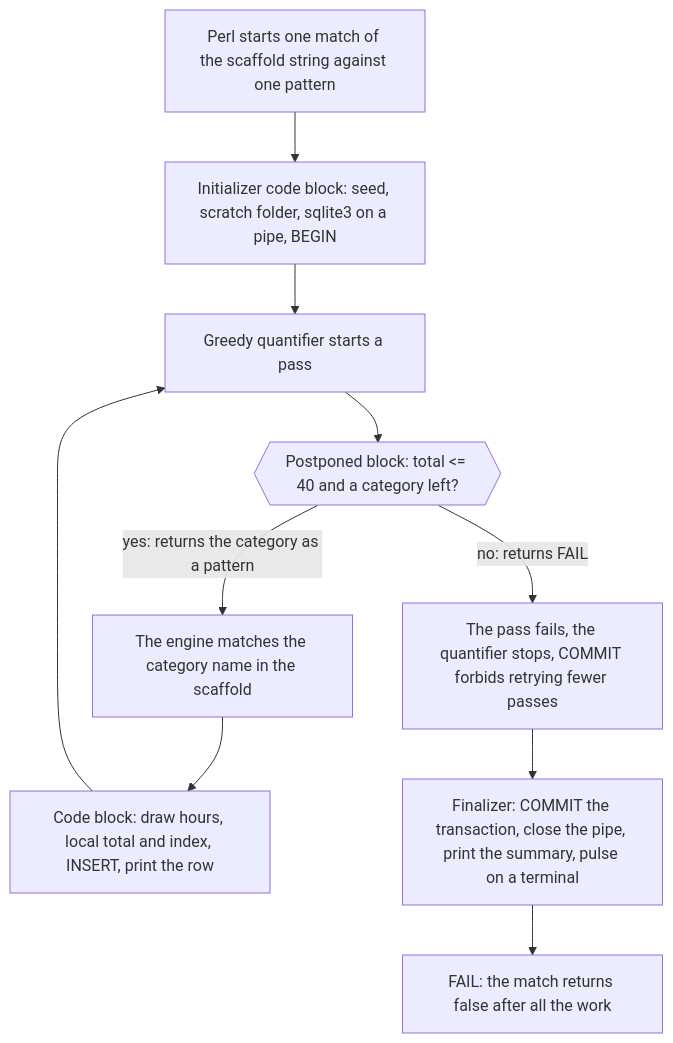
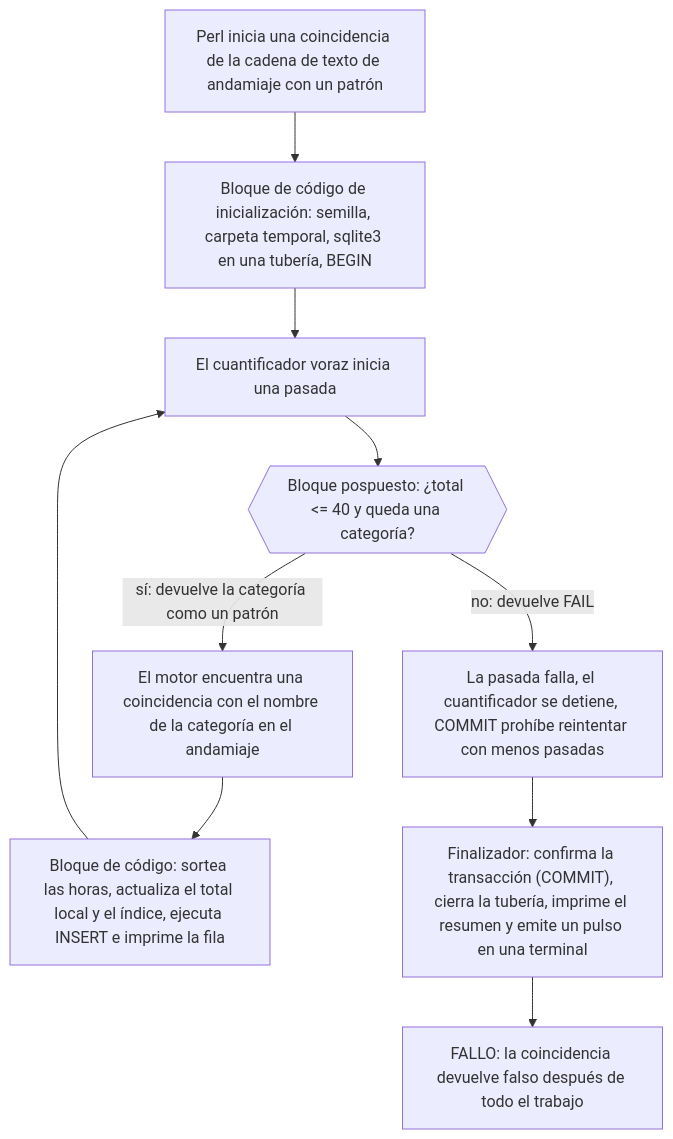
Before and after one commit to dullroar/aprende-a-programar-como-un-bicho-raro: the diagram in src/regex-perl/README.md, drawn with Mermaid. The commit also changed other lines of this file and 11 other files, not shown here.

````diff
--- a/src/regex-perl/README.md
+++ b/src/regex-perl/README.md
@@ -58,14 +58,14 @@
 ```mermaid
 flowchart TD
-    accTitle: regex-perl: one match, with Perl code blocks as the loop body
-    accDescr: A flowchart. Perl starts one match of a scaffold string against one pattern. A code block at the start initializes state and starts sqlite3 on a pipe. A greedy quantifier repeats a pass. At each pass a postponed code block returns the next category as a pattern, or a failure when the total is over 40 or no category is left. If it returns a category, the engine matches it, and a code block draws hours, updates local state, inserts a row and prints it. When the pass fails, the quantifier stops, and a commit verb forbids retrying fewer passes. A finalizer commits the SQL transaction and prints the summary. A final failure makes the whole match return false, after all the work.
-    A["Perl starts one match of the scaffold string against one pattern"] --> B["Initializer code block: seed, scratch folder, sqlite3 on a pipe, BEGIN"]
-    B --> C["Greedy quantifier starts a pass"]
-    C --> D{{"Postponed block: total <= 40 and a category left?"}}
-    D -->|"yes: returns the category as a pattern"| E["The engine matches the category name in the scaffold"]
-    E --> F["Code block: draw hours, local total and index, INSERT, print the row"]
+    accTitle: regex-perl: una coincidencia, con bloques de código Perl como cuerpo del bucle
+    accDescr: Un diagrama de flujo. Perl inicia una coincidencia de una cadena de texto de andamiaje con un patrón. Un bloque de código al inicio inicializa el estado e inicia sqlite3 en una tubería. Un cuantificador voraz repite una pasada. En cada pasada, un bloque de código pospuesto devuelve la siguiente categoría como patrón, o un fallo cuando el total pasa de 40 o no queda ninguna categoría. Si devuelve una categoría, el motor busca la coincidencia, y un bloque de código sortea las horas, actualiza el estado local, inserta una fila y la imprime. Cuando la pasada falla, el cuantificador se detiene y un verbo *commit* prohíbe reintentar con menos pasadas. Un finalizador confirma la transacción SQL e imprime el resumen. Un fallo final hace que toda la coincidencia devuelva falso, después de todo el trabajo.
+    A["Perl inicia una coincidencia de la cadena de texto de andamiaje con un patrón"] --> B["Bloque de código de inicialización: semilla, carpeta temporal, sqlite3 en una tubería, BEGIN"]
+    B --> C["El cuantificador voraz inicia una pasada"]
+    C --> D{{"Bloque pospuesto: ¿total <= 40 y queda una categoría?"}}
+    D -->|"sí: devuelve la categoría como un patrón"| E["El motor encuentra una coincidencia con el nombre de la categoría en el andamiaje"]
+    E --> F["Bloque de código: sortea las horas, actualiza el total local y el índice, ejecuta INSERT e imprime la fila"]
     F --> C
-    D -->|"no: returns FAIL"| G["The pass fails, the quantifier stops, COMMIT forbids retrying fewer passes"]
-    G --> H["Finalizer: COMMIT the transaction, close the pipe, print the summary, pulse on a terminal"]
-    H --> I["FAIL: the match returns false after all the work"]
+    D -->|"no: devuelve FAIL"| G["La pasada falla, el cuantificador se detiene, COMMIT prohíbe reintentar con menos pasadas"]
+    G --> H["Finalizador: confirma la transacción (COMMIT), cierra la tubería, imprime el resumen y emite un pulso en una terminal"]
+    H --> I["FALLO: la coincidencia devuelve falso después de todo el trabajo"]
 ```
````
